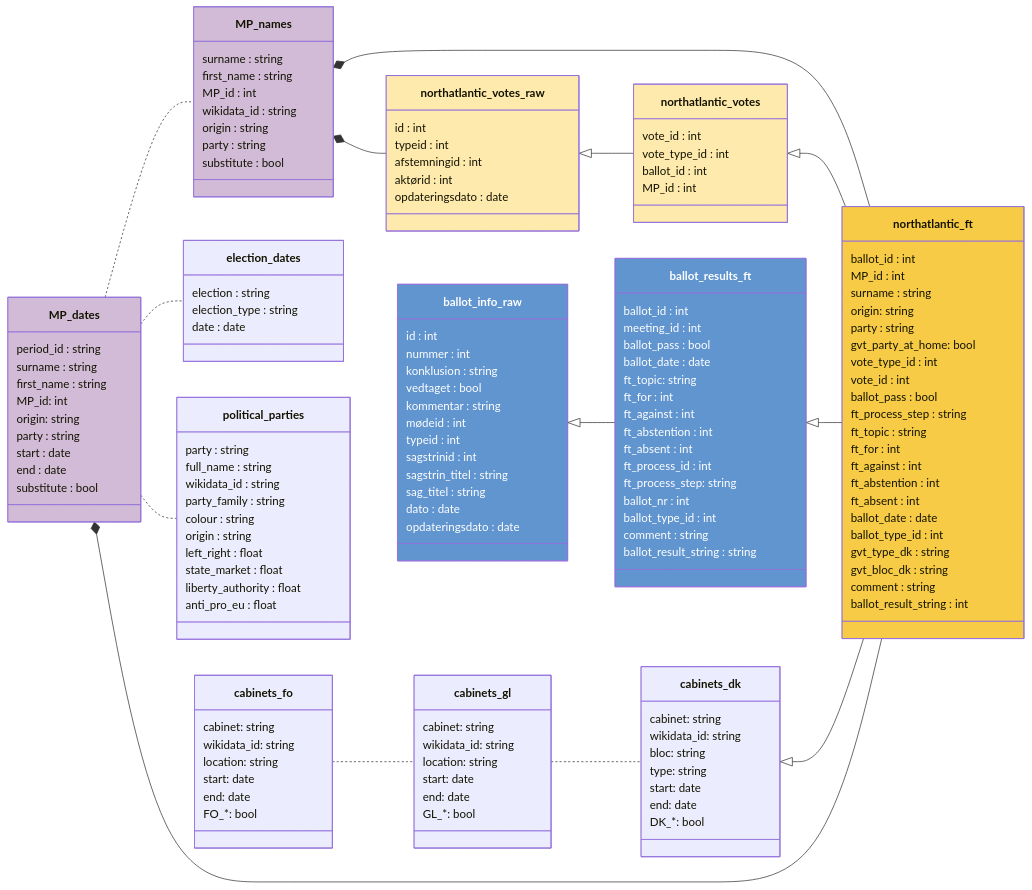
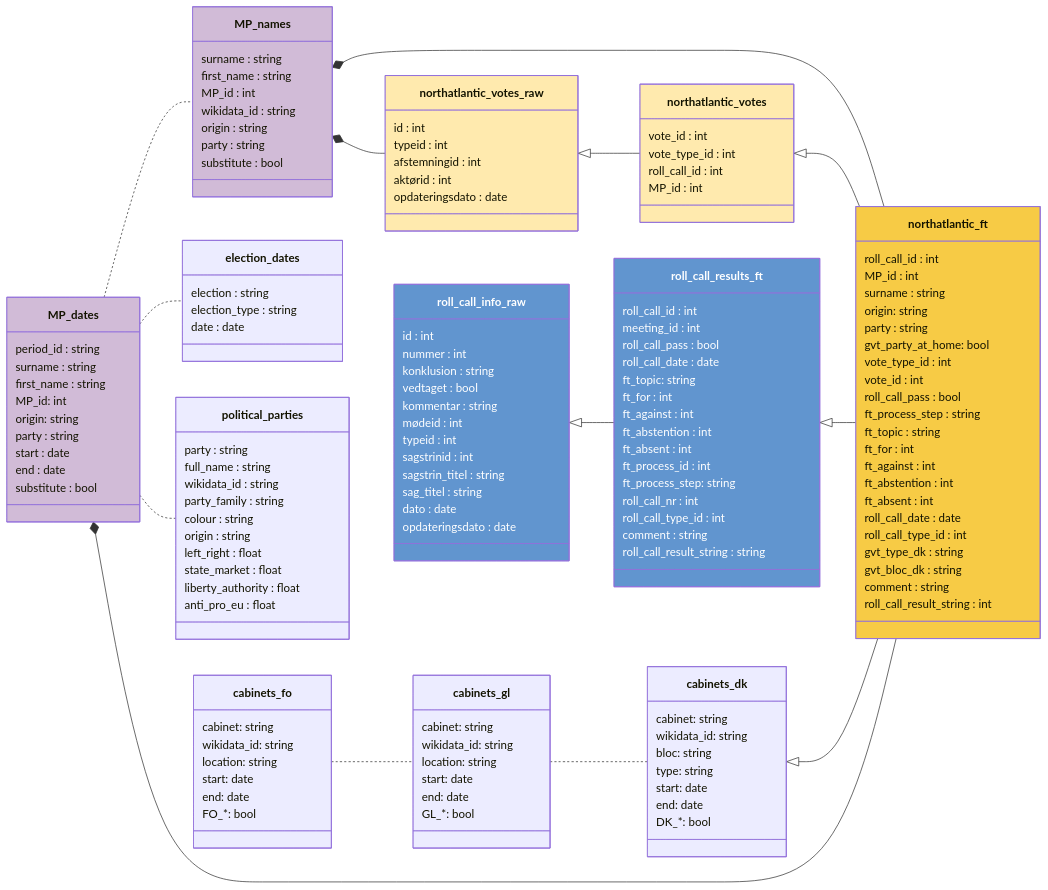
The diagram in docs/codebook.qmd (mtwente/nordatlantisk-ft), drawn with Mermaid before and after one commit. The commit also changed other lines of this file and 12 other files, not shown here.

First line of the commit message:
fix: bulk rename "ballot" to "roll call"/"roll_call"

```diff
--- a/docs/codebook.qmd
+++ b/docs/codebook.qmd
@@ -111,12 +111,12 @@
     MP_names *-- northatlantic_ft
 
     northatlantic_votes <|-- northatlantic_ft
-    ballot_results_ft <|-- northatlantic_ft
+    roll_call_results_ft <|-- northatlantic_ft
 
     MP_names *-- northatlantic_votes_raw
     northatlantic_votes_raw <|-- northatlantic_votes
 
-    ballot_info_raw <|-- ballot_results_ft
+    roll_call_info_raw <|-- roll_call_results_ft
 
     cabinets_fo .. cabinets_gl
     cabinets_gl .. cabinets_dk
@@ -125,7 +125,7 @@
     MP_dates *-- northatlantic_ft
 
     class northatlantic_ft {
-        ballot_id : int
+        roll_call_id : int
         MP_id : int
         surname : string
         origin: string
@@ -133,25 +133,25 @@
         gvt_party_at_home: bool
         vote_type_id : int
         vote_id : int
-        ballot_pass : bool
+        roll_call_pass : bool
         ft_process_step : string
         ft_topic : string
         ft_for : int
         ft_against : int
         ft_abstention : int
         ft_absent : int
-        ballot_date : date
-        ballot_type_id : int
+        roll_call_date : date
+        roll_call_type_id : int
         gvt_type_dk : string
         gvt_bloc_dk : string
         comment : string
-        ballot_result_string : int
+        roll_call_result_string : int
     }
 
         class northatlantic_votes {
         vote_id : int
         vote_type_id : int
-        ballot_id : int
+        roll_call_id : int
         MP_id : int
     }
 
@@ -183,11 +183,11 @@
         substitute : bool
     }
 
-    class ballot_results_ft {
-        ballot_id : int
+    class roll_call_results_ft {
+        roll_call_id : int
         meeting_id : int
-        ballot_pass : bool
-        ballot_date : date
+        roll_call_pass : bool
+        roll_call_date : date
         ft_topic: string
         ft_for : int
         ft_against : int
@@ -195,13 +195,13 @@
         ft_absent : int
         ft_process_id : int
         ft_process_step: string
-        ballot_nr : int
-        ballot_type_id : int
+        roll_call_nr : int
+        roll_call_type_id : int
         comment : string
-        ballot_result_string : string
+        roll_call_result_string : string
     }
 
-    class ballot_info_raw {
+    class roll_call_info_raw {
         id : int
         nummer : int
         konklusion : string
@@ -265,8 +265,8 @@
       DK_&ast;: bool
     }
 
-style ballot_info_raw fill:#6195CF,color:#FFFFFF
-style ballot_results_ft fill:#6195CF,color:#FFFFFF
+style roll_call_info_raw fill:#6195CF,color:#FFFFFF
+style roll_call_results_ft fill:#6195CF,color:#FFFFFF
 
 style northatlantic_ft fill:#F7CB45
 
@@ -282,8 +282,8 @@
 click MP_names href "#MP_names" "tooltip"
 click northatlantic_votes_raw href "#northatlantic_votes_raw" "tooltip"
 click northatlantic_votes href "#northatlantic_votes" "tooltip"
-click ballot_info_raw href "#ballot_info_raw" "tooltip"
-click ballot_results_ft href "#ballot_results_ft" "tooltip"
+click roll_call_info_raw href "#roll_call_info_raw" "tooltip"
+click roll_call_results_ft href "#roll_call_results_ft" "tooltip"
 click cabinets_fo href "#cabinets_fo" "tooltip"
 click cabinets_gl href "#cabinets_gl" "tooltip"
 click cabinets_dk href "#cabinets_dk" "tooltip"
```
